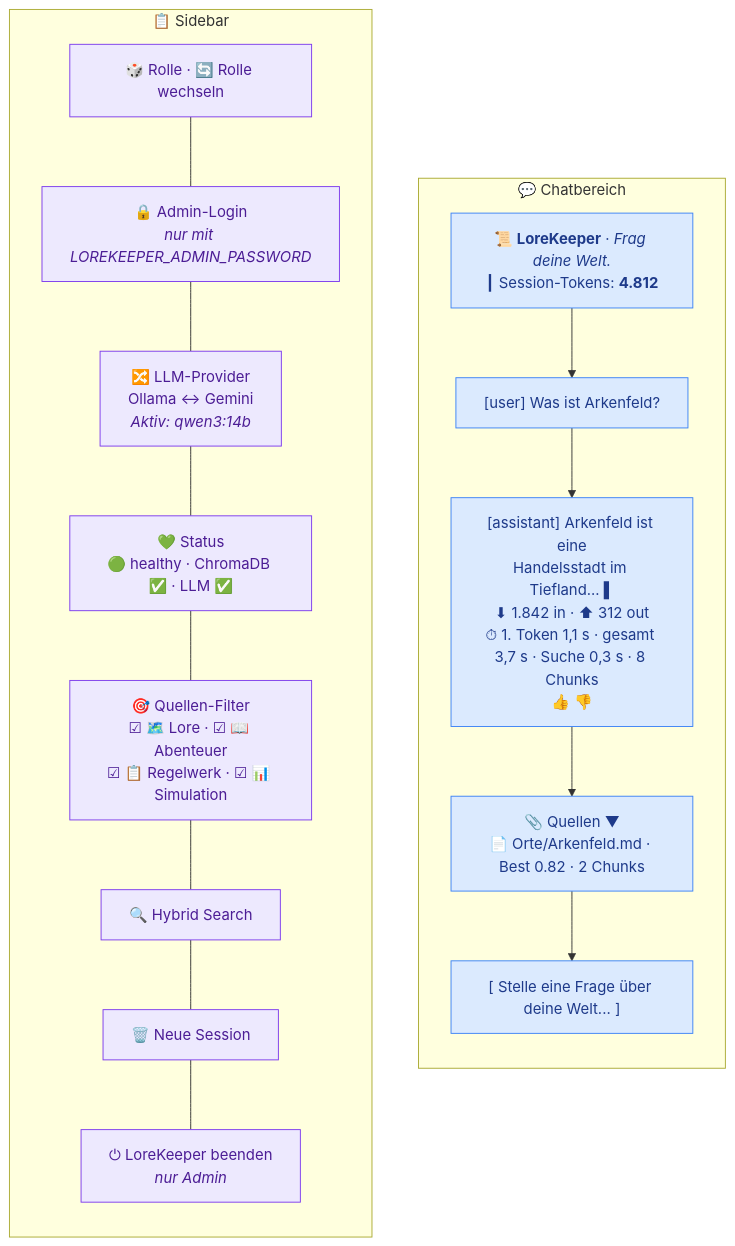
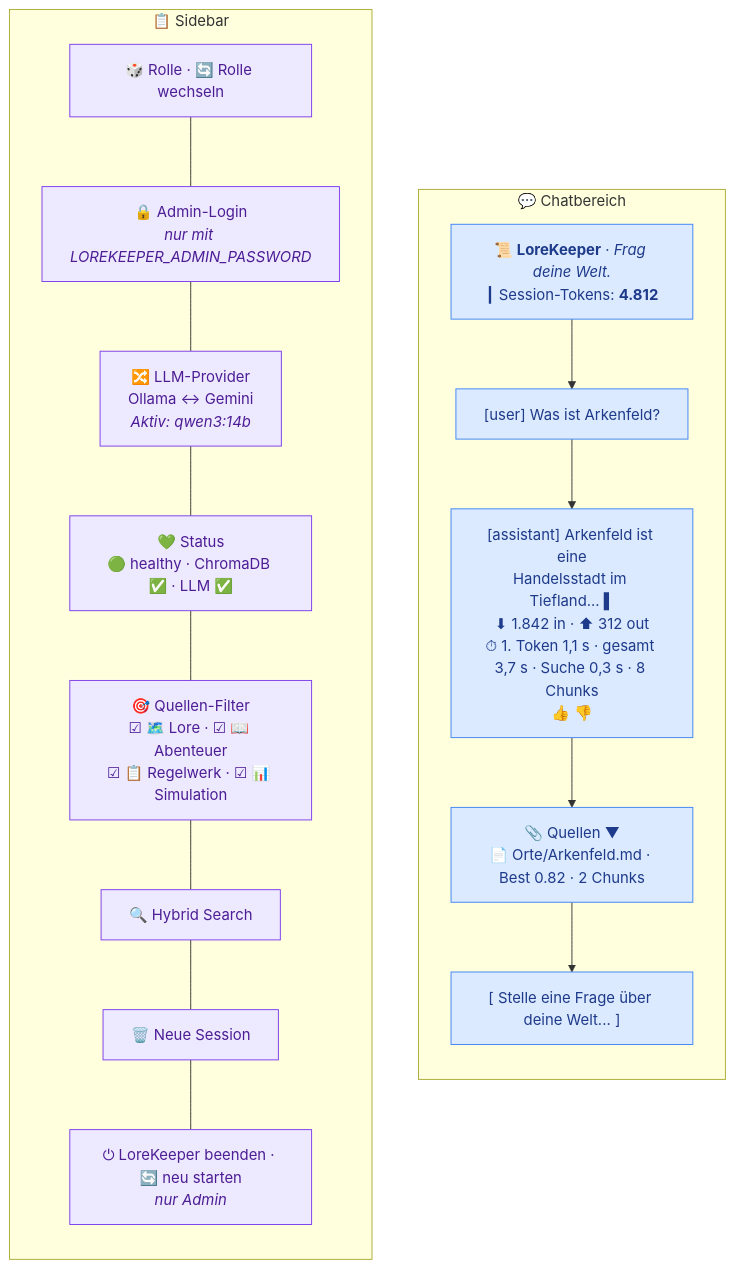
One commit to FabianHentrich/lorekeeper changed the first of 2 diagrams in docs/ui-ux.md. Above: the diagram before and after it, drawn with Mermaid. The commit also changed other lines of this file and 9 other files, not shown here.

First line of the commit message:
Restart button next to the stop button (roadmap 16)

````diff
--- a/docs/ui-ux.md
+++ b/docs/ui-ux.md
@@ -24,32 +24,32 @@
 ```mermaid
 flowchart LR
     subgraph SIDEBAR["📋 Sidebar"]
         direction TB
         S0["🎲 Rolle · 🔄 Rolle wechseln"]
         S1["🔒 Admin-Login<br/><i>nur mit LOREKEEPER_ADMIN_PASSWORD</i>"]
         S2["🔀 LLM-Provider<br/>Ollama ↔ Gemini<br/><i>Aktiv: qwen3:14b</i>"]
         S3["💚 Status<br/>🟢 healthy · ChromaDB ✅ · LLM ✅"]
         S4["🎯 Quellen-Filter<br/>☑ 🗺️ Lore · ☑ 📖 Abenteuer<br/>☑ 📋 Regelwerk · ☑ 📊 Simulation"]
         S5["🔍 Hybrid Search"]
         S7["🗑️ Neue Session"]
-        S8["⏻ LoreKeeper beenden<br/><i>nur Admin</i>"]
+        S8["⏻ LoreKeeper beenden · 🔄 neu starten<br/><i>nur Admin</i>"]
         S0 --- S1 --- S2 --- S3 --- S4 --- S5 --- S7 --- S8
     end
 
     subgraph CHAT["💬 Chatbereich"]
         direction TB
         C1["📜 <b>LoreKeeper</b> · <i>Frag deine Welt.</i><br/>┃ Session-Tokens: <b>4.812</b>"]
         C2["[user] Was ist Arkenfeld?"]
         C3["[assistant] Arkenfeld ist eine<br/>Handelsstadt im Tiefland... ▌<br/>⬇ 1.842 in · ⬆ 312 out<br/>⏱ 1. Token 1,1 s · gesamt 3,7 s · Suche 0,3 s · 8 Chunks<br/>👍 👎"]
         C4["📎 Quellen ▼<br/>📄 Orte/Arkenfeld.md · Best 0.82 · 2 Chunks"]
         C5["[ Stelle eine Frage über deine Welt... ]"]
         C1 --> C2 --> C3 --> C4 --> C5
     end
 
     SIDEBAR ~~~ CHAT
 
     classDef side fill:#ede9fe,stroke:#7c3aed,color:#4c1d95
     classDef chat fill:#dbeafe,stroke:#3b82f6,color:#1e3a8a
     class S0,S1,S2,S3,S4,S5,S7,S8 side
     class C1,C2,C3,C4,C5 chat
 ```
````
